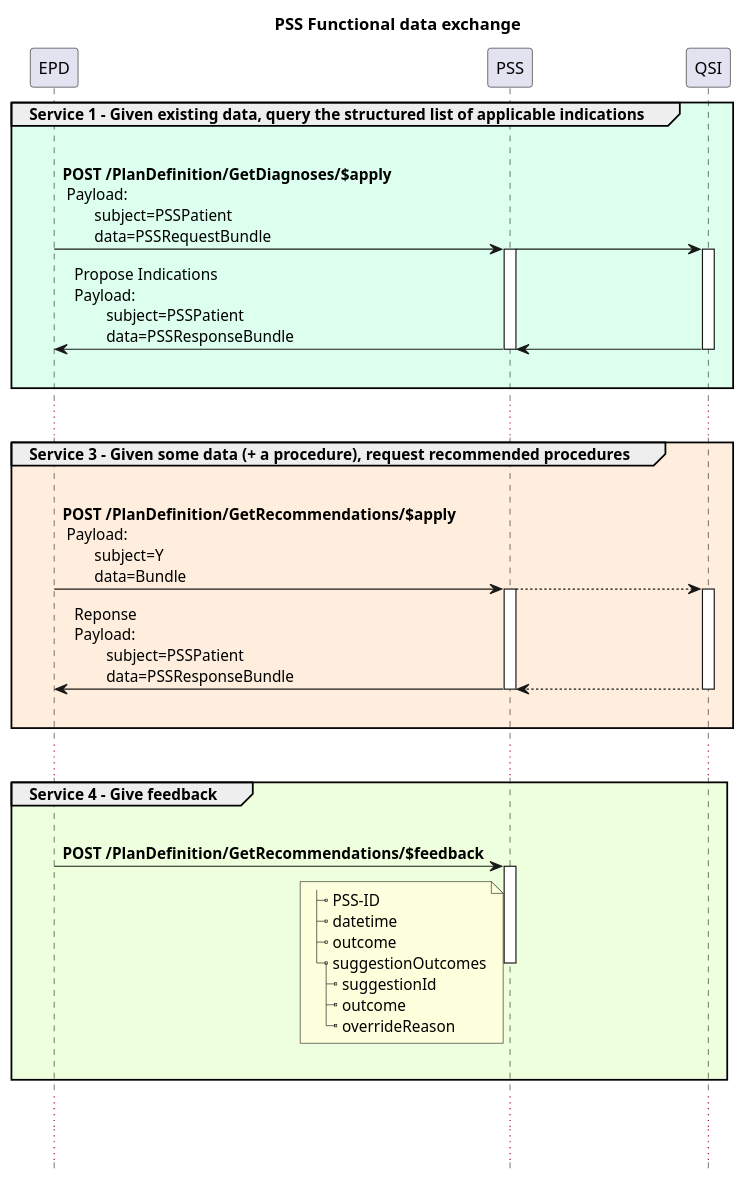
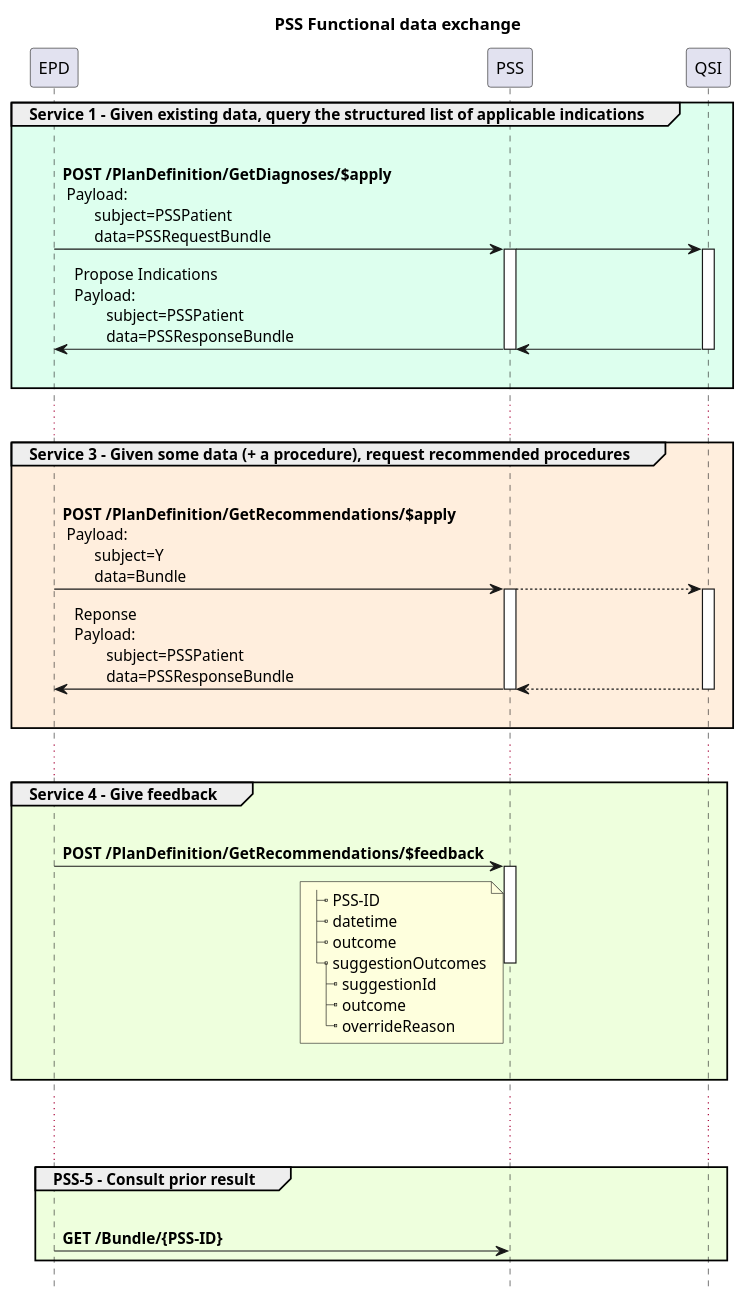
One commit to hl7-be/pss changed the diagram in input/images-source/pss-flow-radiology.plantuml. Above: the diagram before and after it, drawn with PlantUML. The commit also changed 1 other file, not shown here.

Commit message:
Add Consult Service
#116

```diff
--- a/input/images-source/pss-flow-radiology.plantuml
+++ b/input/images-source/pss-flow-radiology.plantuml
@@ -1,62 +1,67 @@
 @startuml
 !pragma teoz true
 Title PSS Functional data exchange
 hide footbox
 
 group #DFE Service 1 - Given existing data, query the structured list of applicable indications
         EPD -> PSS : \n**POST /PlanDefinition/GetDiagnoses/$apply**\n Payload:\n        subject=PSSPatient\n        data=PSSRequestBundle
         & PSS -> QSI 
         & PSS -[hidden]-> QSI : "                                      "
         'PSS -> QSI : GET /indictions
 
         activate PSS
         activate QSI
         QSI -> PSS 
         & PSS -> EPD: Propose Indications \nPayload:\n        subject=PSSPatient\n        data=PSSResponseBundle
         deactivate PSS
         deactivate QSI
         |||
 end
 
 ...
 group #fed Service 3 - Given some data (+ a procedure), request recommended procedures
         EPD -> PSS : \n**POST /PlanDefinition/GetRecommendations/$apply**\n Payload:\n        subject=Y\n        data=Bundle
         & PSS --> QSI 
         & PSS -[hidden]-> QSI : "                                      "
 
         activate PSS
         activate QSI
         QSI --> PSS 
         & PSS -> EPD: Reponse\nPayload:\n        subject=PSSPatient\n        data=PSSResponseBundle
         deactivate PSS
         deactivate QSI
         |||
 
 end
 ...
 group #efd Service 4 - Give feedback
         EPD -> PSS : \n**POST /PlanDefinition/GetRecommendations/$feedback**
         note left of PSS
 |_ PSS-ID
 |_ datetime
 |_ outcome
 |_ suggestionOutcomes
   |_ suggestionId
   |_ outcome
   |_ overrideReason
         end note
         deactivate EPD
         activate PSS
         & PSS -[hidden]-> QSI : "                                      "
         deactivate PSS
         |||
 
 end
 
 ...
 ...
 
+group #efd PSS-5 - Consult prior result
+        EPD -> PSS : \n**GET /Bundle/{PSS-ID}**
+        & PSS -[hidden]-> QSI : "                                      "
+'        activate EPD
+end
 
 
 
 @enduml
```
